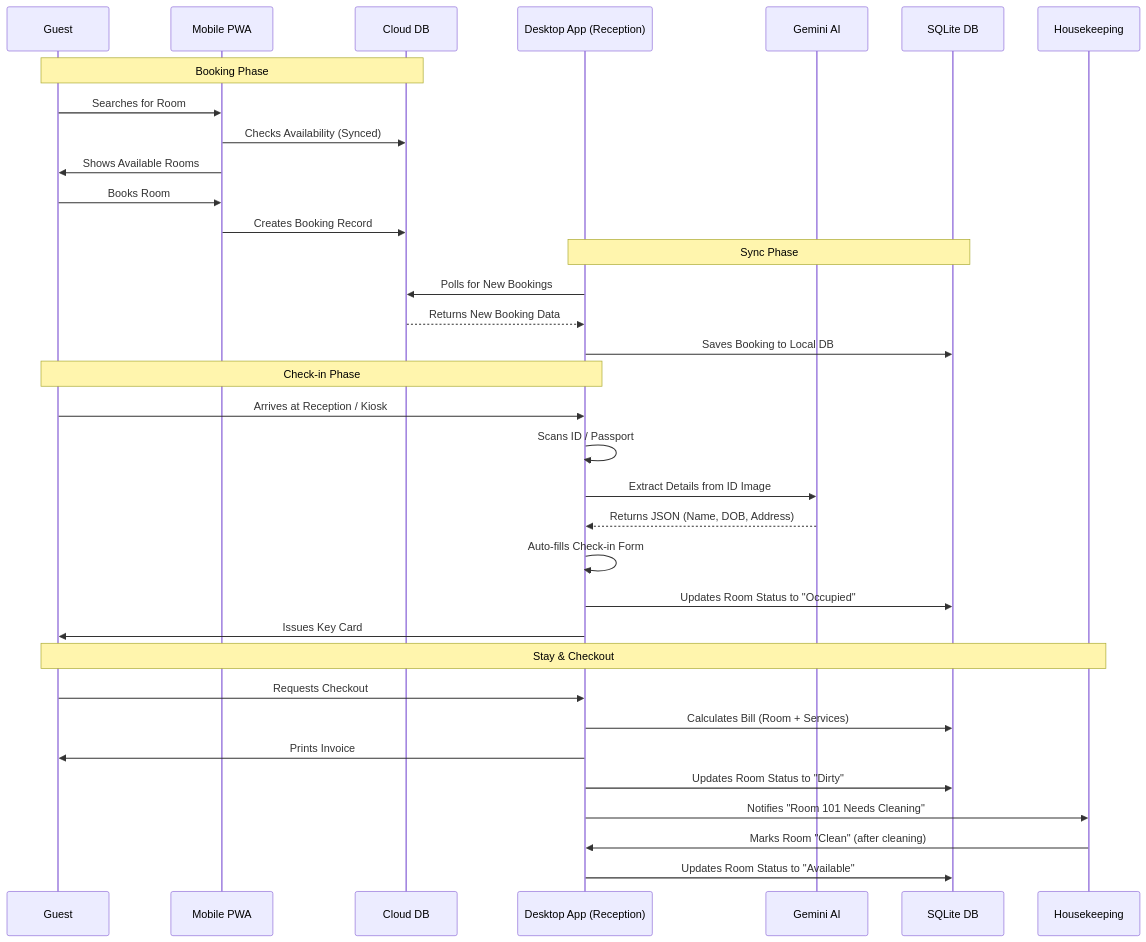
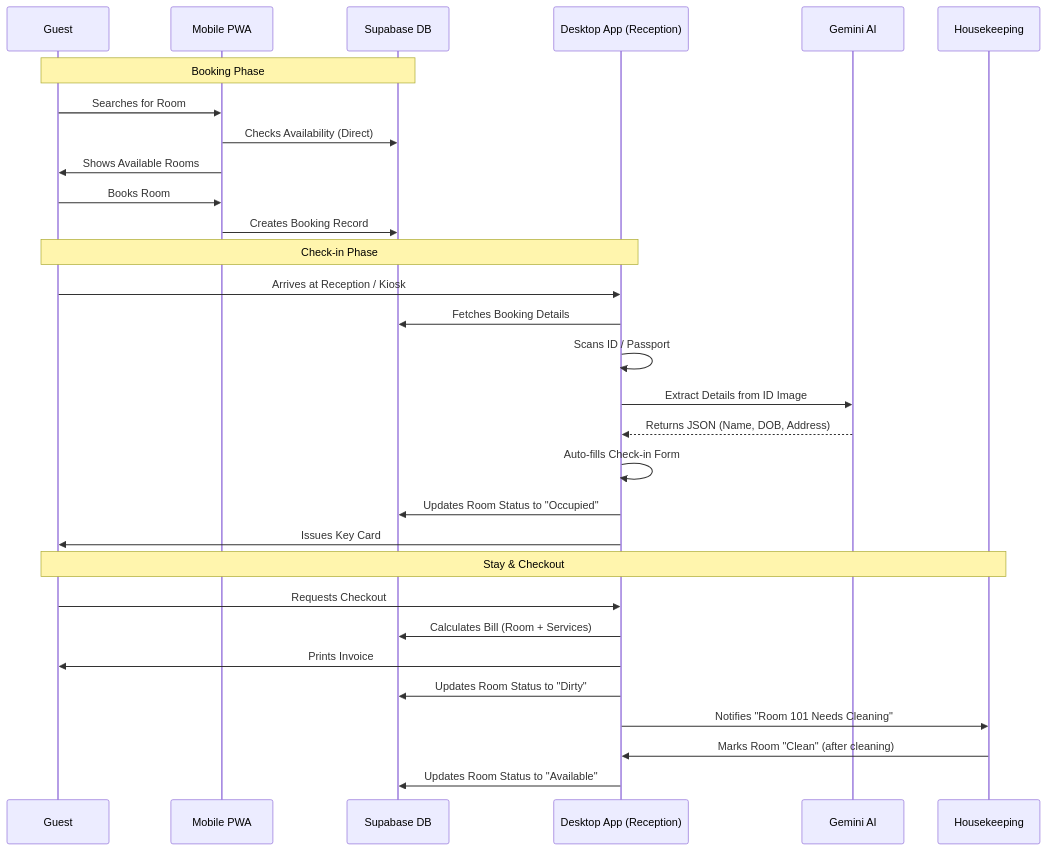
Before and after one commit to pulkitnehra/ProjectsCompleted: the diagram in HotelManagementModernization/flow_diagram.mermaid, drawn with Mermaid. The commit also changed 1 other file, not shown here.

Commit message:
updated diagrams

```diff
--- a/HotelManagementModernization/flow_diagram.mermaid
+++ b/HotelManagementModernization/flow_diagram.mermaid
@@ -1,38 +1,33 @@
 sequenceDiagram
     participant Guest
     participant PWA as Mobile PWA
-    participant CloudDB as Cloud DB
+    participant Supabase as Supabase DB
     participant App as Desktop App (Reception)
     participant LLM as Gemini AI
-    participant LocalDB as SQLite DB
     participant Housekeeping
 
-    Note over Guest, CloudDB: Booking Phase
+    Note over Guest, Supabase: Booking Phase
     Guest->>PWA: Searches for Room
-    PWA->>CloudDB: Checks Availability (Synced)
+    PWA->>Supabase: Checks Availability (Direct)
     PWA->>Guest: Shows Available Rooms
     Guest->>PWA: Books Room
-    PWA->>CloudDB: Creates Booking Record
-
-    Note over App, LocalDB: Sync Phase
-    App->>CloudDB: Polls for New Bookings
-    CloudDB-->>App: Returns New Booking Data
-    App->>LocalDB: Saves Booking to Local DB
+    PWA->>Supabase: Creates Booking Record
 
     Note over Guest, App: Check-in Phase
     Guest->>App: Arrives at Reception / Kiosk
+    App->>Supabase: Fetches Booking Details
     App->>App: Scans ID / Passport
     App->>LLM: Extract Details from ID Image
     LLM-->>App: Returns JSON (Name, DOB, Address)
     App->>App: Auto-fills Check-in Form
-    App->>LocalDB: Updates Room Status to "Occupied"
+    App->>Supabase: Updates Room Status to "Occupied"
     App->>Guest: Issues Key Card
 
     Note over Guest, Housekeeping: Stay & Checkout
     Guest->>App: Requests Checkout
-    App->>LocalDB: Calculates Bill (Room + Services)
+    App->>Supabase: Calculates Bill (Room + Services)
     App->>Guest: Prints Invoice
-    App->>LocalDB: Updates Room Status to "Dirty"
+    App->>Supabase: Updates Room Status to "Dirty"
     App->>Housekeeping: Notifies "Room 101 Needs Cleaning"
     Housekeeping->>App: Marks Room "Clean" (after cleaning)
-    App->>LocalDB: Updates Room Status to "Available"
+    App->>Supabase: Updates Room Status to "Available"
```
